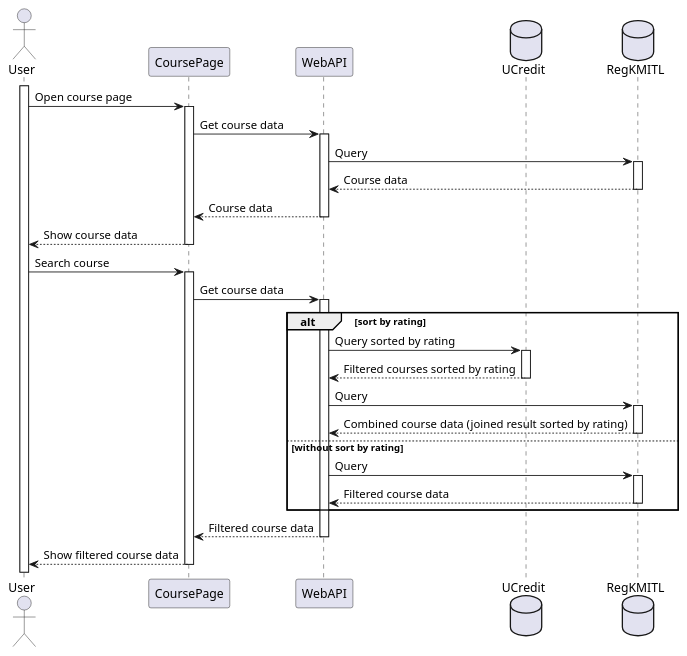
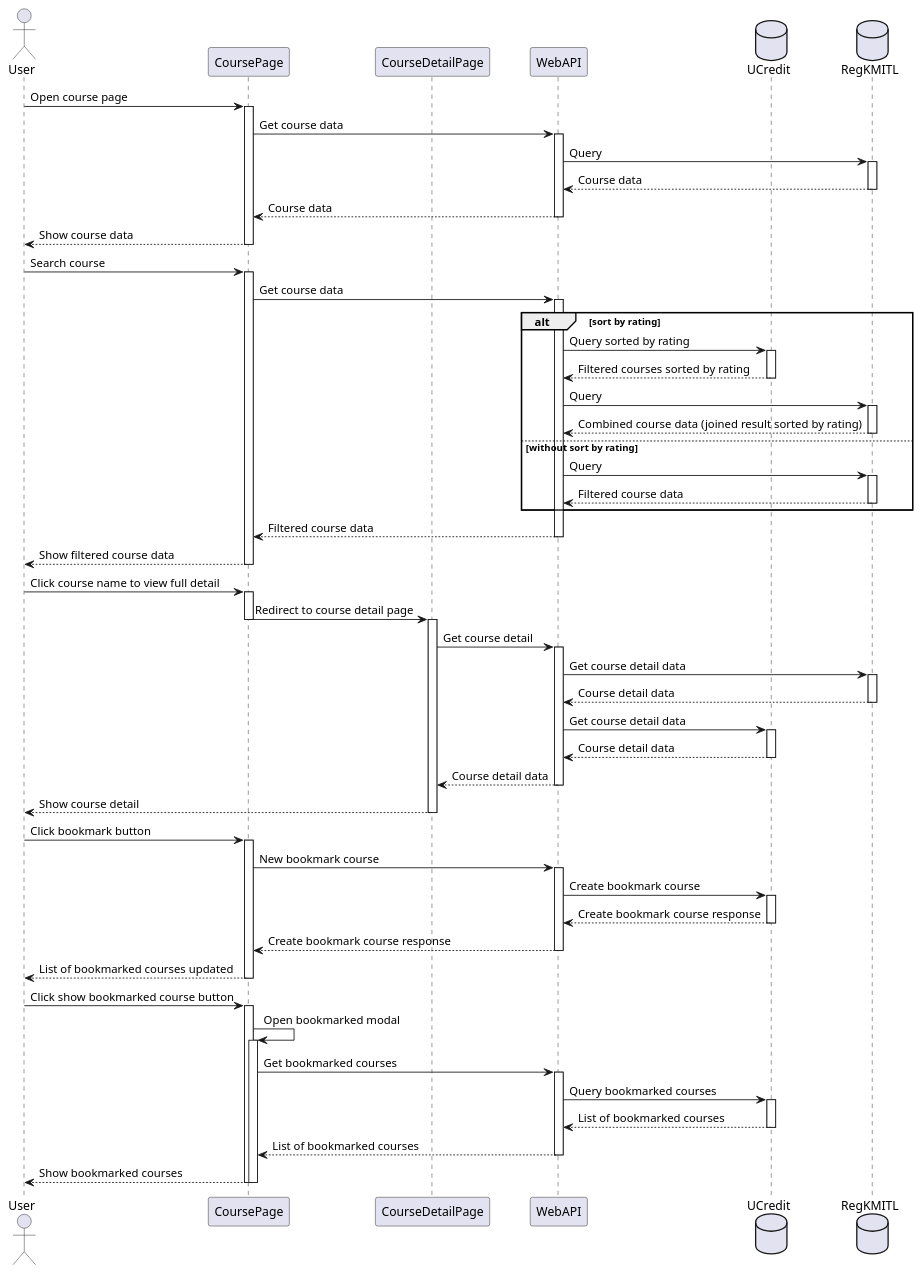
The diagram in diagram/course-page-sequence.plantuml (u-credit/solution), drawn with PlantUML before and after one commit. The commit also changed 3 other files, not shown here.

```diff
--- a/diagram/course-page-sequence.plantuml
+++ b/diagram/course-page-sequence.plantuml
@@ -1,31 +1,55 @@
 @startuml Course Page
 actor User
 participant CoursePage
+participant CourseDetailPage
 participant WebAPI
 database UCredit
 database RegKMITL
 
-activate User
 User -> CoursePage ++ : Open course page
 CoursePage -> WebAPI ++ : Get course data
 WebAPI -> RegKMITL ++ : Query
 return Course data
 return Course data
 return Show course data
 User -> CoursePage ++ : Search course
 CoursePage -> WebAPI ++ : Get course data
 alt sort by rating
     WebAPI -> UCredit ++ : Query sorted by rating
     Return Filtered courses sorted by rating
     WebAPI -> RegKMITL ++ : Query
     return Combined course data (joined result sorted by rating)
     deactivate UCredit
 else without sort by rating
     WebAPI -> RegKMITL ++ : Query
     return Filtered course data
 end
 WebAPI --> CoursePage -- : Filtered course data
 CoursePage --> User -- : Show filtered course data
 
+User -> CoursePage ++ : Click course name to view full detail
+CoursePage -> CourseDetailPage --++ : Redirect to course detail page
+CourseDetailPage -> WebAPI ++ : Get course detail
+WebAPI -> RegKMITL ++ : Get course detail data
+return Course detail data
+WebAPI -> UCredit ++ : Get course detail data
+return Course detail data
+return Course detail data
+CourseDetailPage --> User -- : Show course detail
 
+User -> CoursePage ++ : Click bookmark button
+CoursePage -> WebAPI ++ : New bookmark course
+WebAPI -> UCredit ++ : Create bookmark course
+return Create bookmark course response
+return Create bookmark course response
+CoursePage --> User -- : List of bookmarked courses updated
+
+User -> CoursePage ++ : Click show bookmarked course button
+CoursePage -> CoursePage ++ : Open bookmarked modal
+CoursePage -> WebAPI ++ : Get bookmarked courses
+WebAPI -> UCredit ++ : Query bookmarked courses
+return List of bookmarked courses
+return List of bookmarked courses
+CoursePage --> User -- : Show bookmarked courses
+deactivate CoursePage
 @enduml
```
